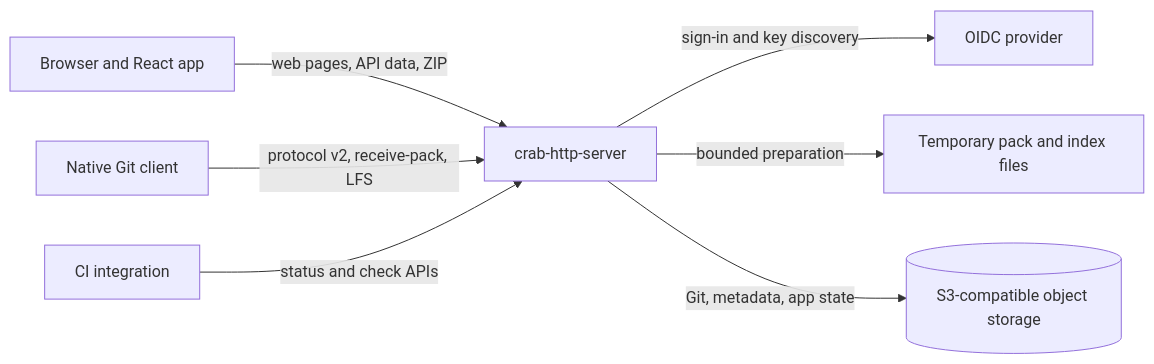
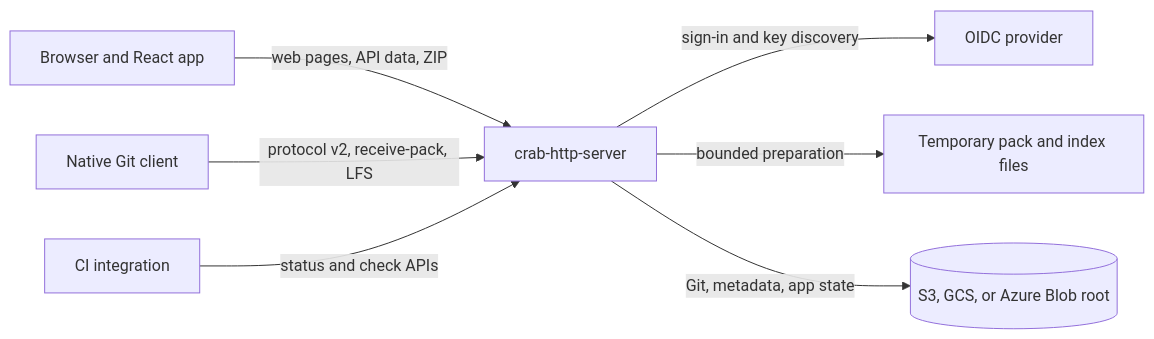
The first of 6 diagrams in crates/crab-http-server/REFERENCE.md (crabbuild/crab), drawn with Mermaid before and after one commit. The commit also changed other lines of this file and 56 other files, not shown here.

````diff
--- a/crates/crab-http-server/REFERENCE.md
+++ b/crates/crab-http-server/REFERENCE.md
@@ -33,17 +33,17 @@
 ```mermaid
 flowchart LR
     Browser[Browser and React app]
     Git[Native Git client]
     CI[CI integration]
     Server[crab-http-server]
     Auth[OIDC provider]
     Temp[Temporary pack and index files]
-    Store[(S3-compatible object storage)]
+    Store[(S3, GCS, or Azure Blob root)]
 
     Browser -->|web pages, API data, ZIP| Server
     Git -->|protocol v2, receive-pack, LFS| Server
     CI -->|status and check APIs| Server
     Server -->|sign-in and key discovery| Auth
     Server -->|bounded preparation| Temp
     Server -->|Git, metadata, app state| Store
 ```
````
